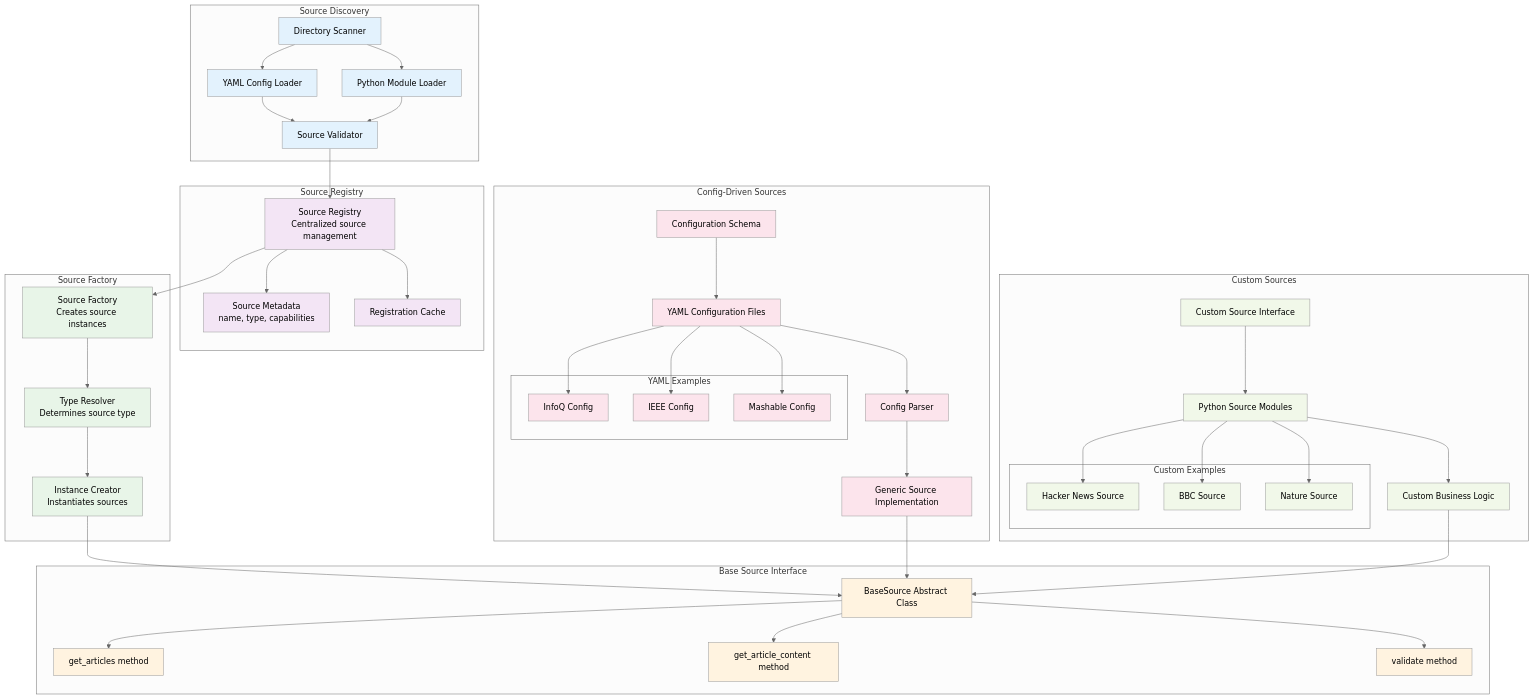
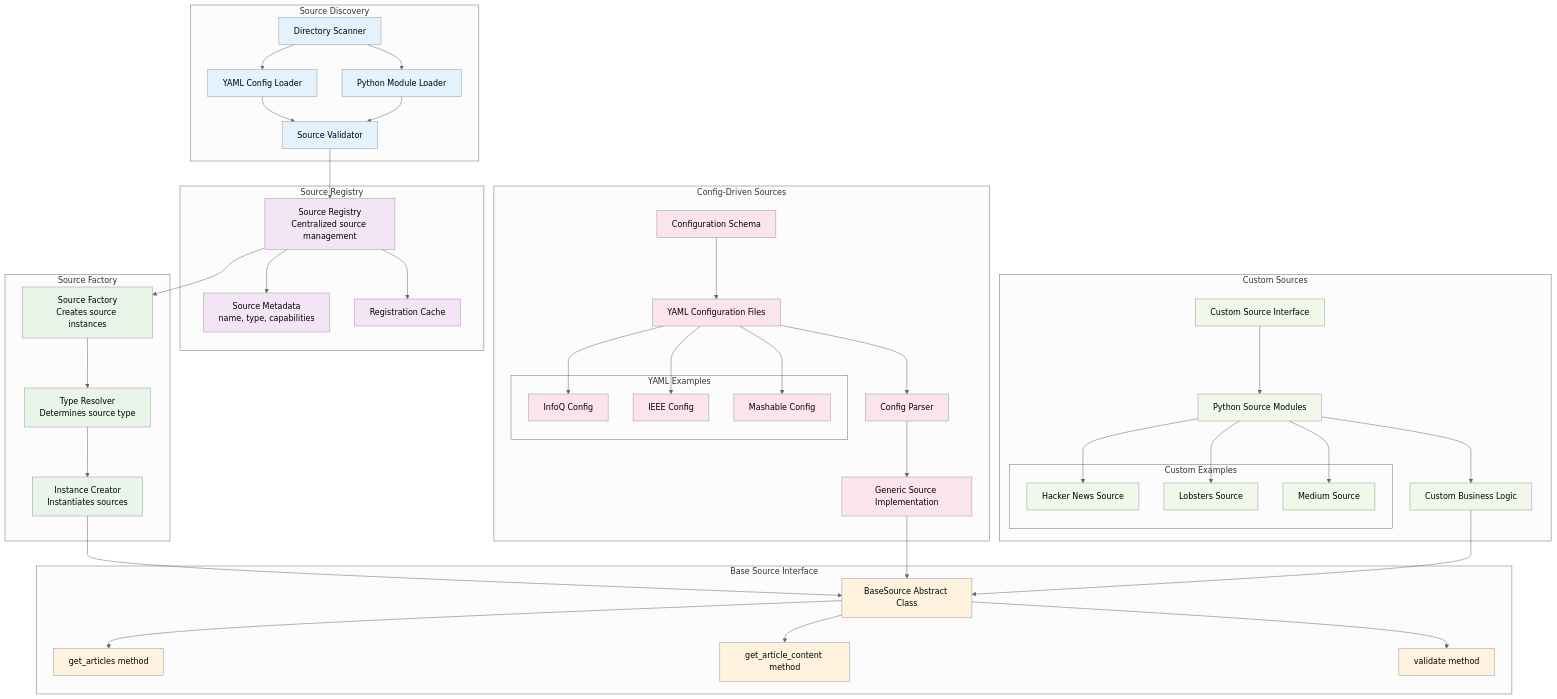
One commit to stayukasabov/capcat changed the diagram in docs/diagrams/source_system.md. Above: the diagram before and after it, drawn with Mermaid (neutral theme). The commit also changed other lines of this file and 4 other files, not shown here.

First line of the commit message:
fix: correct inaccurate Mermaid diagrams to match actual codebase

````diff
--- a/docs/diagrams/source_system.md
+++ b/docs/diagrams/source_system.md
@@ -48,8 +48,8 @@
 
         subgraph "Custom Examples"
             HackerNews[Hacker News Source]
-            BBC[BBC Source]
-            Nature[Nature Source]
+            Lobsters[Lobsters Source]
+            Medium[Medium Source]
         end
     end
 
@@ -91,8 +91,8 @@
     SourceLogic --> BaseSource
 
     PythonModules --> HackerNews
-    PythonModules --> BBC
-    PythonModules --> Nature
+    PythonModules --> Lobsters
+    PythonModules --> Medium
 
     %% Styling
     classDef discovery fill:#e3f2fd
@@ -107,5 +107,5 @@
     class Factory,TypeResolver,InstanceCreator factory
     class BaseSource,GetArticles,GetContent,Validate interface
     class ConfigSchema,YAMLConfig,ConfigParser,GenericSource,InfoQ,IEEE,Mashable config
-    class CustomInterface,PythonModules,SourceLogic,HackerNews,BBC,Nature custom
+    class CustomInterface,PythonModules,SourceLogic,HackerNews,Lobsters,Medium custom
 ```
````
